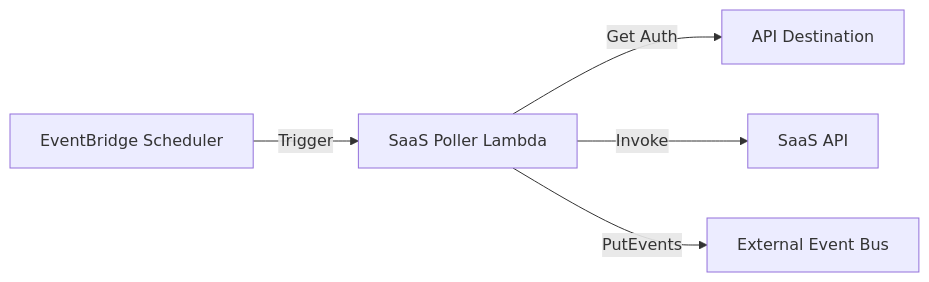
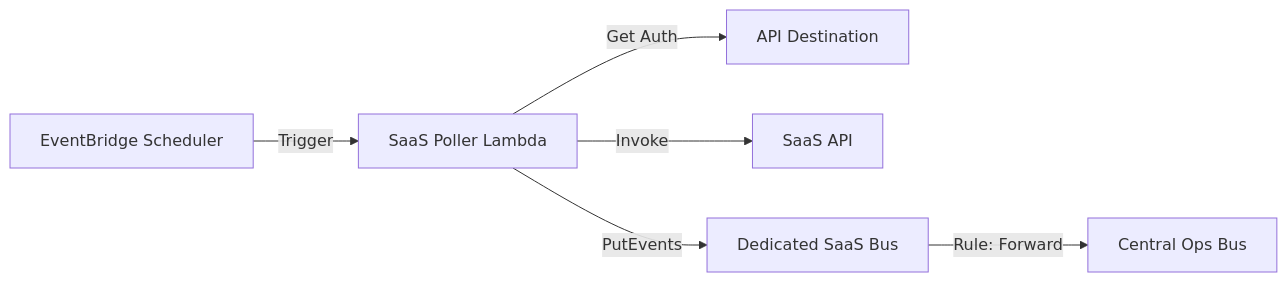
The diagram in README.md (noamblu/saas-monitor-architecture), drawn with Mermaid before and after one commit. The commit also changed other lines of this file and 22 other files, not shown here.

Commit message:
Refactor to modular Blueprint architecture, add dynamic VPC, dedicated SaaS bus, and archive support

````diff
--- a/README.md
+++ b/README.md
@@ -7,7 +7,8 @@
 ```mermaid
 graph LR
     Scheduler[EventBridge Scheduler] -->|Trigger| Poller[SaaS Poller Lambda]
     Poller -->|Get Auth| APIDest[API Destination]
     Poller -->|Invoke| SaaS[SaaS API]
-    Poller -->|PutEvents| Bus[External Event Bus]
+    Poller -->|PutEvents| SaaSBus[Dedicated SaaS Bus]
+    SaaSBus -->|Rule: Forward| OpsBus[Central Ops Bus]
 ```
````
